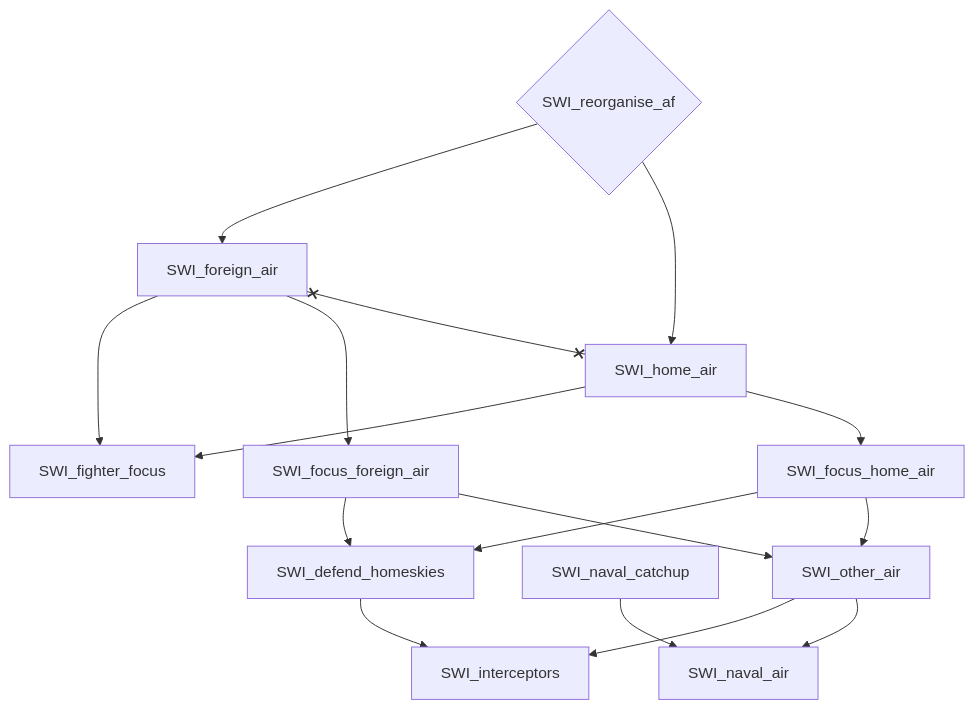
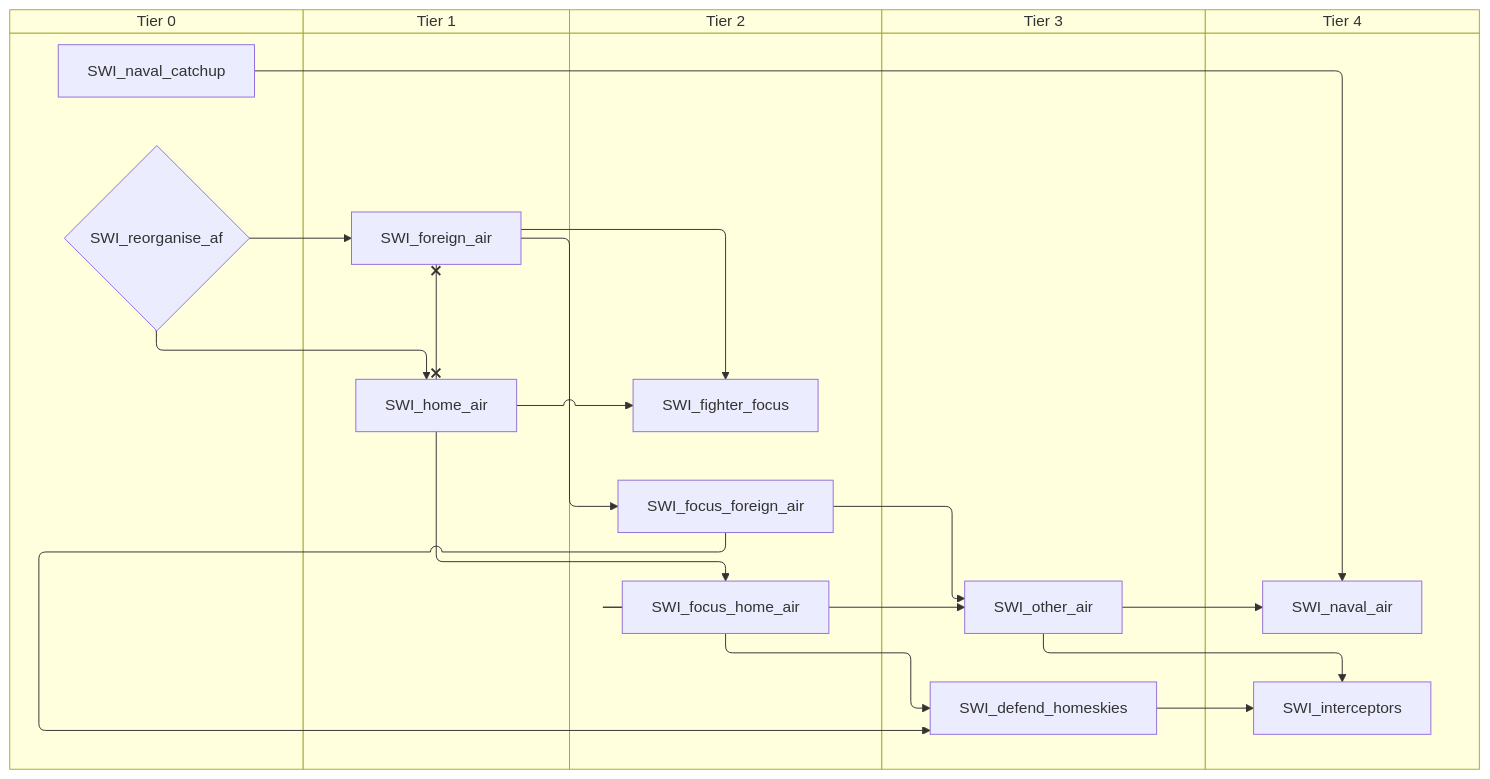
One commit to evgeny-sobol/hoi4-sandbox-mode-r56 changed the seventh of 8 diagrams in docs/gdd/National Focuses/r56_switzerland.md. Above: the diagram before and after it, drawn with Mermaid. The commit also changed other lines of this file and 423 other files, not shown here.

First line of the commit message:
Re-export Rt56 focus trees as swimlane diagrams

````diff
--- a/docs/gdd/National Focuses/r56_switzerland.md
+++ b/docs/gdd/National Focuses/r56_switzerland.md
@@ -243,29 +307,39 @@
 ```mermaid
-flowchart TD
-    n75["SWI_defend_homeskies"]
-    n76["SWI_fighter_focus"]
-    n77["SWI_focus_foreign_air"]
-    n78["SWI_focus_home_air"]
-    n79["SWI_foreign_air"]
-    n80["SWI_home_air"]
-    n81["SWI_interceptors"]
-    n17["SWI_naval_air"]
-    n18["SWI_naval_catchup"]
-    n20["SWI_other_air"]
-    n82{"SWI_reorganise_af"}
-    n77 --> n75
-    n78 --> n75
-    n79 --> n76
-    n80 --> n76
-    n79 --> n77
-    n80 --> n78
-    n82 --> n79
-    n82 --> n80
-    n75 --> n81
-    n20 --> n81
-    n18 --> n17
-    n20 --> n17
-    n77 --> n20
-    n78 --> n20
-    n79 x--x n80
+swimlane-beta TD
+    subgraph tier_0["Tier 0"]
+        n19["SWI_naval_catchup"]
+        n75{"SWI_reorganise_af"}
+    end
+    subgraph tier_1["Tier 1"]
+        n76["SWI_foreign_air"]
+        n77["SWI_home_air"]
+    end
+    subgraph tier_2["Tier 2"]
+        n78["SWI_fighter_focus"]
+        n79["SWI_focus_foreign_air"]
+        n80["SWI_focus_home_air"]
+    end
+    subgraph tier_3["Tier 3"]
+        n81["SWI_defend_homeskies"]
+        n16["SWI_other_air"]
+    end
+    subgraph tier_4["Tier 4"]
+        n82["SWI_interceptors"]
+        n21["SWI_naval_air"]
+    end
+    n79 --> n81
+    n80 --> n81
+    n76 --> n78
+    n77 --> n78
+    n76 --> n79
+    n77 --> n80
+    n75 --> n76
+    n75 --> n77
+    n81 --> n82
+    n16 --> n82
+    n19 --> n21
+    n16 --> n21
+    n79 --> n16
+    n80 --> n16
+    n76 x--x n77
 ```
````
